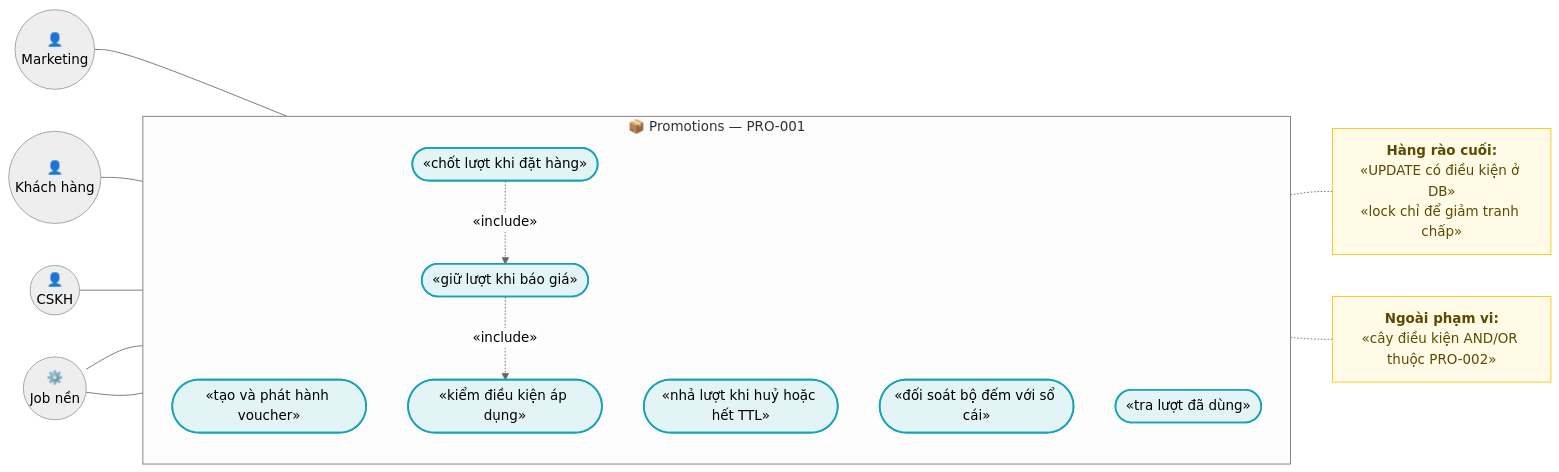
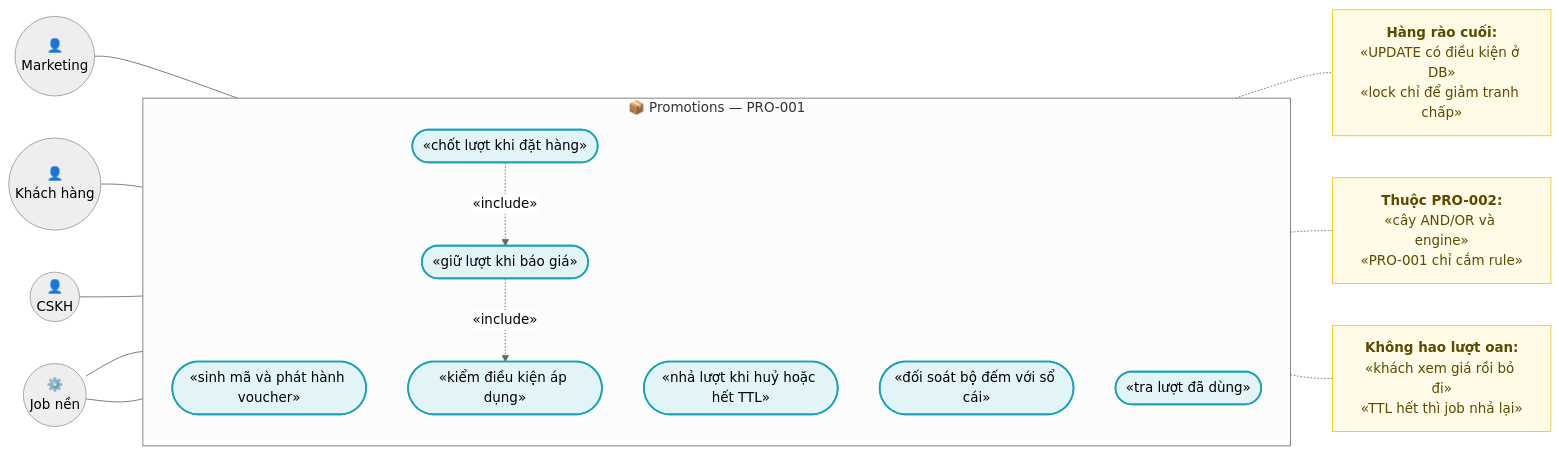
One commit to hungnt9801/eCommerce changed the first of 3 diagrams in docs/features/pro-001-voucher-coupon.md. Above: the diagram before and after it, drawn with Mermaid (neutral theme). The commit also changed other lines of this file, not shown here.

````diff
--- a/docs/features/pro-001-voucher-coupon.md
+++ b/docs/features/pro-001-voucher-coupon.md
@@ -114,37 +144,39 @@
 ```mermaid
 flowchart LR
     classDef actor fill:#d4edda,stroke:#155724,stroke-width:2px;
     classDef usecase fill:#e2f4f6,stroke:#17a2b8,stroke-width:2px;
     classDef note fill:#fffbe6,stroke:#ffc107,stroke-width:1px,color:#5c4a00;
 
     KH(("👤<br/>Khách hàng"))
     MKT(("👤<br/>Marketing"))
     CS(("👤<br/>CSKH"))
     JOB(("⚙️<br/>Job nền"))
 
     subgraph PROMO["📦 Promotions — PRO-001"]
         direction TB
-        UC1(["«tạo và phát hành voucher»"])
+        UC1(["«sinh mã và phát hành voucher»"])
         UC2(["«kiểm điều kiện áp dụng»"])
         UC3(["«giữ lượt khi báo giá»"])
         UC4(["«chốt lượt khi đặt hàng»"])
         UC5(["«nhả lượt khi huỷ hoặc hết TTL»"])
         UC6(["«đối soát bộ đếm với sổ cái»"])
         UC7(["«tra lượt đã dùng»"])
         class UC1,UC2,UC3,UC4,UC5,UC6,UC7 usecase;
     end
 
     N1["<b>Hàng rào cuối:</b><br/>«UPDATE có điều kiện ở DB»<br/>«lock chỉ để giảm tranh chấp»"]
-    N2["<b>Ngoài phạm vi:</b><br/>«cây điều kiện AND/OR thuộc PRO-002»"]
-    class N1,N2 note;
+    N2["<b>Thuộc PRO-002:</b><br/>«cây AND/OR và engine»<br/>«PRO-001 chỉ cắm rule»"]
+    N3["<b>Không hao lượt oan:</b><br/>«khách xem giá rồi bỏ đi»<br/>«TTL hết thì job nhả lại»"]
+    class N1,N2,N3 note;
 
     MKT --- UC1
     KH --- UC2
     CS --- UC7
     JOB --- UC5
     JOB --- UC6
     UC3 -. "«include»" .-> UC2
     UC4 -. "«include»" .-> UC3
     UC3 -.- N1
     UC2 -.- N2
+    UC3 -.- N3
 ```
````
